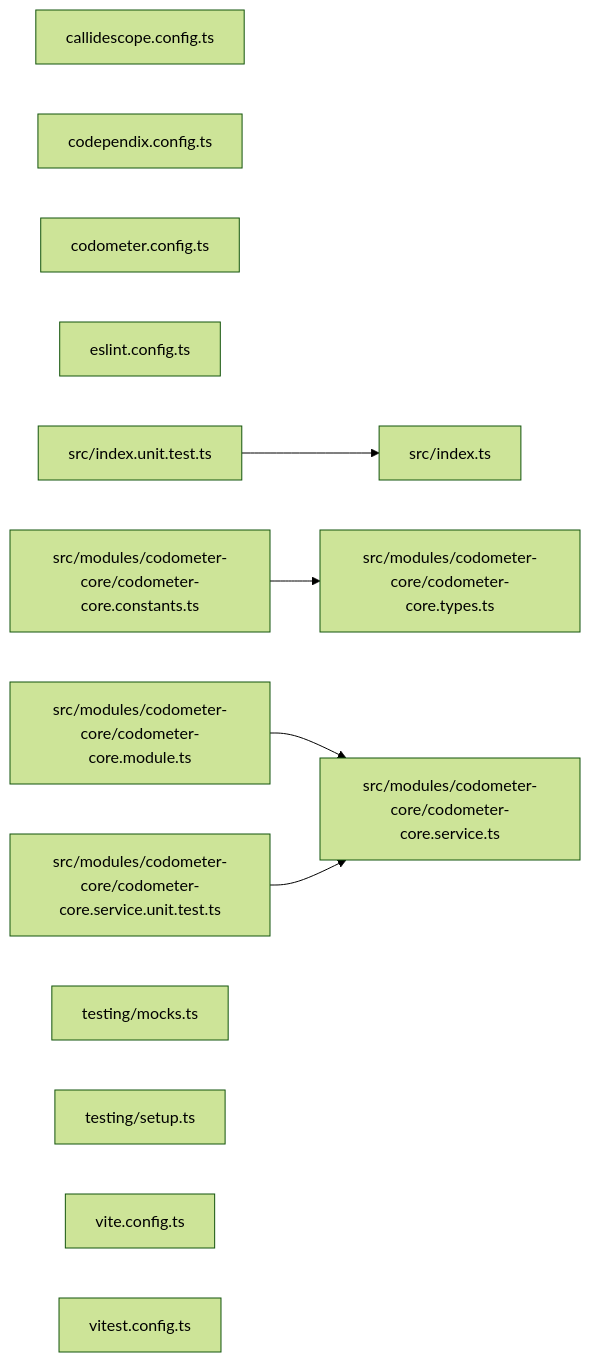
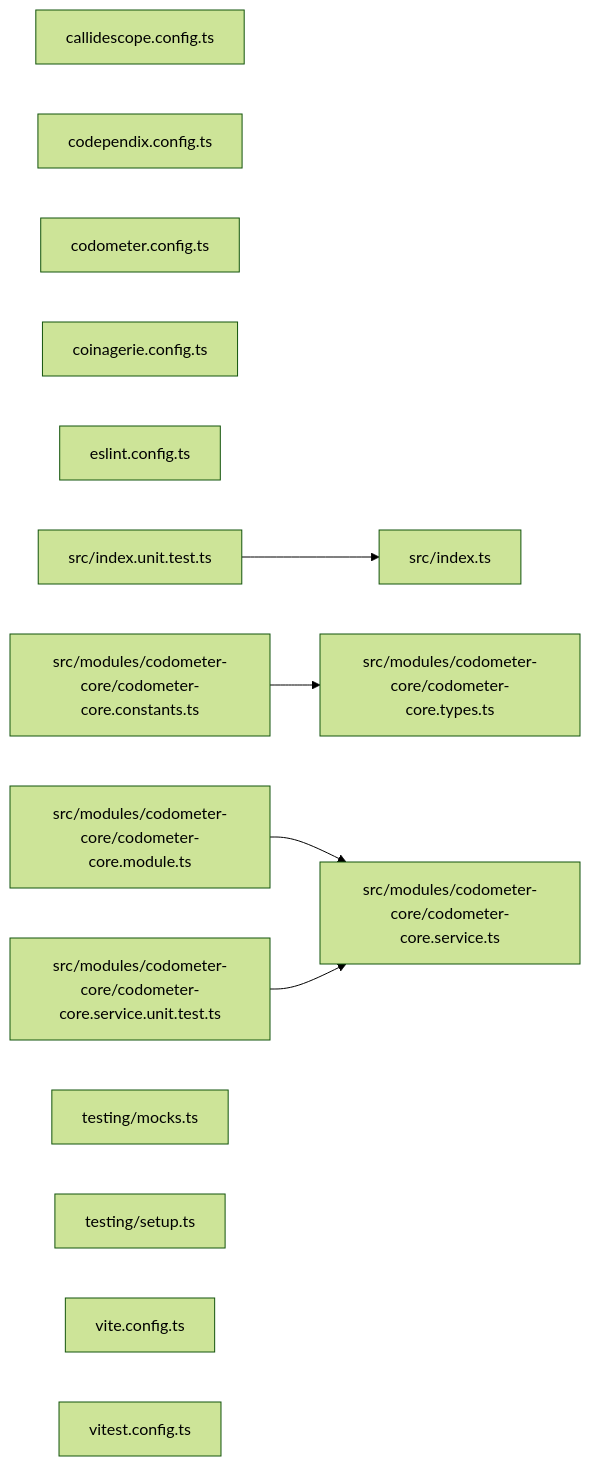
One commit to organizzolini/codebase changed the third of 3 diagrams in projects/ic-suite/codometer/codometer-core/README.md. Above: the diagram before and after it, drawn with Mermaid (forest theme). The commit also changed other lines of this file and 207 other files, not shown here.

````diff
--- a/projects/ic-suite/codometer/codometer-core/README.md
+++ b/projects/ic-suite/codometer/codometer-core/README.md
@@ -67,22 +67,23 @@
 ```mermaid
 graph LR
   file_callidescope_config_ts["callidescope.config.ts"]
   file_codependix_config_ts["codependix.config.ts"]
   file_codometer_config_ts["codometer.config.ts"]
+  file_coinagerie_config_ts["coinagerie.config.ts"]
   file_eslint_config_ts["eslint.config.ts"]
   file_src_index_ts["src/index.ts"]
   file_src_index_unit_test_ts["src/index.unit.test.ts"]
   file_src_modules_codometer_core_codometer_core_constants_ts["src/modules/codometer-core/codometer-core.constants.ts"]
   file_src_modules_codometer_core_codometer_core_module_ts["src/modules/codometer-core/codometer-core.module.ts"]
   file_src_modules_codometer_core_codometer_core_service_ts["src/modules/codometer-core/codometer-core.service.ts"]
   file_src_modules_codometer_core_codometer_core_service_unit_test_ts["src/modules/codometer-core/codometer-core.service.unit.test.ts"]
   file_src_modules_codometer_core_codometer_core_types_ts["src/modules/codometer-core/codometer-core.types.ts"]
   file_testing_mocks_ts["testing/mocks.ts"]
   file_testing_setup_ts["testing/setup.ts"]
   file_vite_config_ts["vite.config.ts"]
   file_vitest_config_ts["vitest.config.ts"]
   file_src_index_unit_test_ts --> file_src_index_ts
   file_src_modules_codometer_core_codometer_core_constants_ts --> file_src_modules_codometer_core_codometer_core_types_ts
   file_src_modules_codometer_core_codometer_core_module_ts --> file_src_modules_codometer_core_codometer_core_service_ts
   file_src_modules_codometer_core_codometer_core_service_unit_test_ts --> file_src_modules_codometer_core_codometer_core_service_ts
 ```
````
